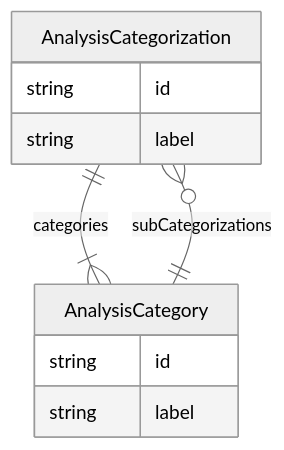
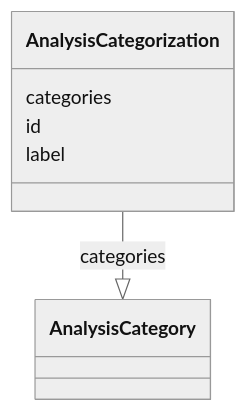
The diagram in project/docs/AnalysisCategorization.md (cdisc-org/analysis-results-standard), drawn with Mermaid (neutral theme) before and after one commit. The commit also changed 256 other files, not shown here.

Commit message:
Documentation diagrams

````diff
--- a/project/docs/AnalysisCategorization.md
+++ b/project/docs/AnalysisCategorization.md
@@ -13,15 +15,13 @@
 ```mermaid
-erDiagram
-AnalysisCategorization {
-    string id  
-    string label  
-}
-AnalysisCategory {
-    string id  
-    string label  
-}
-
-AnalysisCategorization ||--}| AnalysisCategory : "categories"
-AnalysisCategory ||--}o AnalysisCategorization : "subCategorizations"
-
+ classDiagram
+    class AnalysisCategorization
+      AnalysisCategorization : categories
+        
+          AnalysisCategorization --|> AnalysisCategory : categories
+        
+      AnalysisCategorization : id
+        
+      AnalysisCategorization : label
+        
+      
 ```
````
